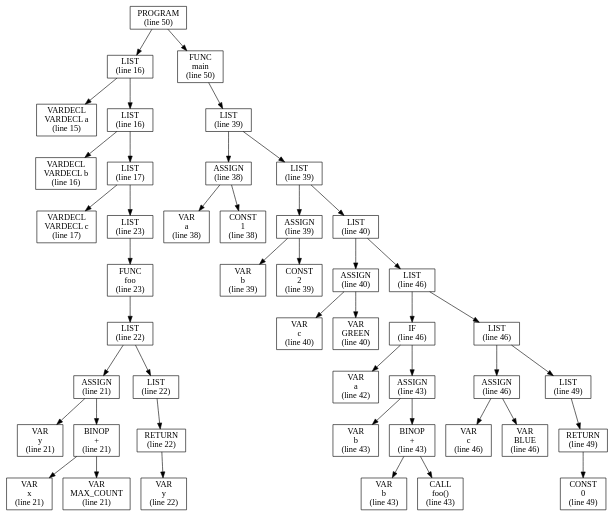
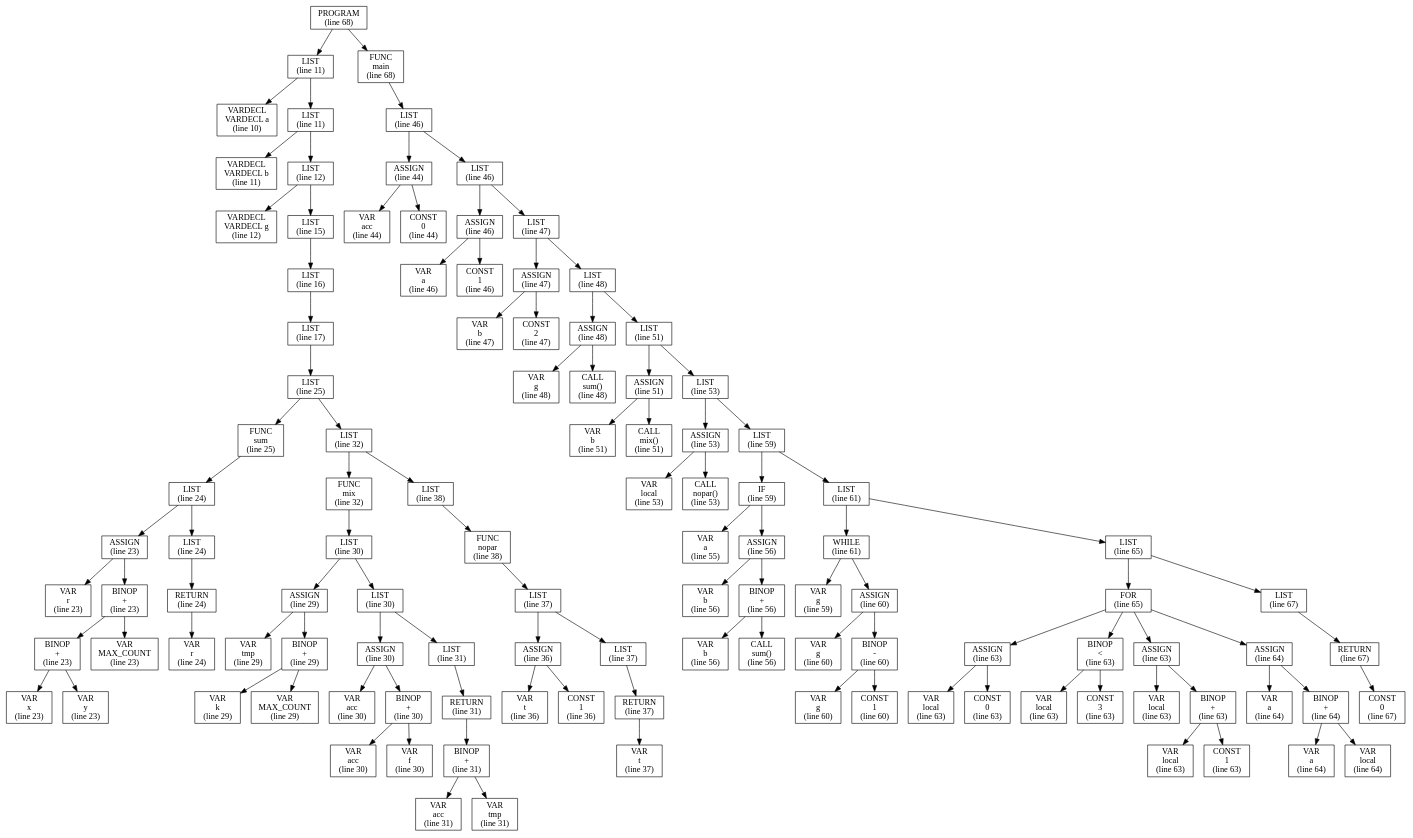
The diagram in syntaxExtreme/ast.dot (kalamakis/Cpp-compiler), drawn with Graphviz before and after one commit. The commit also changed 6 other files, not shown here.

```diff
--- a/syntaxExtreme/ast.dot
+++ b/syntaxExtreme/ast.dot
@@ -1,94 +1,228 @@
 digraph AST {
   node [shape=box];
-  n0 [label="PROGRAM\n(line 50)"];
-  n1 [label="LIST\n(line 16)"];
-  n2 [label="VARDECL\nVARDECL a\n(line 15)"];
+  n0 [label="PROGRAM\n(line 68)"];
+  n1 [label="LIST\n(line 11)"];
+  n2 [label="VARDECL\nVARDECL a\n(line 10)"];
   n1 -> n2;
-  n3 [label="LIST\n(line 16)"];
-  n4 [label="VARDECL\nVARDECL b\n(line 16)"];
+  n3 [label="LIST\n(line 11)"];
+  n4 [label="VARDECL\nVARDECL b\n(line 11)"];
   n3 -> n4;
-  n5 [label="LIST\n(line 17)"];
-  n6 [label="VARDECL\nVARDECL c\n(line 17)"];
+  n5 [label="LIST\n(line 12)"];
+  n6 [label="VARDECL\nVARDECL g\n(line 12)"];
   n5 -> n6;
-  n7 [label="LIST\n(line 23)"];
-  n8 [label="FUNC\nfoo\n(line 23)"];
-  n9 [label="LIST\n(line 22)"];
-  n10 [label="ASSIGN\n(line 21)"];
-  n11 [label="VAR\ny\n(line 21)"];
+  n7 [label="LIST\n(line 15)"];
+  n8 [label="LIST\n(line 16)"];
+  n9 [label="LIST\n(line 17)"];
+  n10 [label="LIST\n(line 25)"];
+  n11 [label="FUNC\nsum\n(line 25)"];
+  n12 [label="LIST\n(line 24)"];
+  n13 [label="ASSIGN\n(line 23)"];
+  n14 [label="VAR\nr\n(line 23)"];
+  n13 -> n14;
+  n15 [label="BINOP\n+\n(line 23)"];
+  n16 [label="BINOP\n+\n(line 23)"];
+  n17 [label="VAR\nx\n(line 23)"];
+  n16 -> n17;
+  n18 [label="VAR\ny\n(line 23)"];
+  n16 -> n18;
+  n15 -> n16;
+  n19 [label="VAR\nMAX_COUNT\n(line 23)"];
+  n15 -> n19;
+  n13 -> n15;
+  n12 -> n13;
+  n20 [label="LIST\n(line 24)"];
+  n21 [label="RETURN\n(line 24)"];
+  n22 [label="VAR\nr\n(line 24)"];
+  n21 -> n22;
+  n20 -> n21;
+  n12 -> n20;
+  n11 -> n12;
   n10 -> n11;
-  n12 [label="BINOP\n+\n(line 21)"];
-  n13 [label="VAR\nx\n(line 21)"];
-  n12 -> n13;
-  n14 [label="VAR\nMAX_COUNT\n(line 21)"];
-  n12 -> n14;
-  n10 -> n12;
+  n23 [label="LIST\n(line 32)"];
+  n24 [label="FUNC\nmix\n(line 32)"];
+  n25 [label="LIST\n(line 30)"];
+  n26 [label="ASSIGN\n(line 29)"];
+  n27 [label="VAR\ntmp\n(line 29)"];
+  n26 -> n27;
+  n28 [label="BINOP\n+\n(line 29)"];
+  n29 [label="VAR\nk\n(line 29)"];
+  n28 -> n29;
+  n30 [label="VAR\nMAX_COUNT\n(line 29)"];
+  n28 -> n30;
+  n26 -> n28;
+  n25 -> n26;
+  n31 [label="LIST\n(line 30)"];
+  n32 [label="ASSIGN\n(line 30)"];
+  n33 [label="VAR\nacc\n(line 30)"];
+  n32 -> n33;
+  n34 [label="BINOP\n+\n(line 30)"];
+  n35 [label="VAR\nacc\n(line 30)"];
+  n34 -> n35;
+  n36 [label="VAR\nf\n(line 30)"];
+  n34 -> n36;
+  n32 -> n34;
+  n31 -> n32;
+  n37 [label="LIST\n(line 31)"];
+  n38 [label="RETURN\n(line 31)"];
+  n39 [label="BINOP\n+\n(line 31)"];
+  n40 [label="VAR\nacc\n(line 31)"];
+  n39 -> n40;
+  n41 [label="VAR\ntmp\n(line 31)"];
+  n39 -> n41;
+  n38 -> n39;
+  n37 -> n38;
+  n31 -> n37;
+  n25 -> n31;
+  n24 -> n25;
+  n23 -> n24;
+  n42 [label="LIST\n(line 38)"];
+  n43 [label="FUNC\nnopar\n(line 38)"];
+  n44 [label="LIST\n(line 37)"];
+  n45 [label="ASSIGN\n(line 36)"];
+  n46 [label="VAR\nt\n(line 36)"];
+  n45 -> n46;
+  n47 [label="CONST\n1\n(line 36)"];
+  n45 -> n47;
+  n44 -> n45;
+  n48 [label="LIST\n(line 37)"];
+  n49 [label="RETURN\n(line 37)"];
+  n50 [label="VAR\nt\n(line 37)"];
+  n49 -> n50;
+  n48 -> n49;
+  n44 -> n48;
+  n43 -> n44;
+  n42 -> n43;
+  n23 -> n42;
+  n10 -> n23;
   n9 -> n10;
-  n15 [label="LIST\n(line 22)"];
-  n16 [label="RETURN\n(line 22)"];
-  n17 [label="VAR\ny\n(line 22)"];
-  n16 -> n17;
-  n15 -> n16;
-  n9 -> n15;
   n8 -> n9;
   n7 -> n8;
   n5 -> n7;
   n3 -> n5;
   n1 -> n3;
   n0 -> n1;
-  n18 [label="FUNC\nmain\n(line 50)"];
-  n19 [label="LIST\n(line 39)"];
-  n20 [label="ASSIGN\n(line 38)"];
-  n21 [label="VAR\na\n(line 38)"];
-  n20 -> n21;
-  n22 [label="CONST\n1\n(line 38)"];
-  n20 -> n22;
-  n19 -> n20;
-  n23 [label="LIST\n(line 39)"];
-  n24 [label="ASSIGN\n(line 39)"];
-  n25 [label="VAR\nb\n(line 39)"];
-  n24 -> n25;
-  n26 [label="CONST\n2\n(line 39)"];
-  n24 -> n26;
-  n23 -> n24;
-  n27 [label="LIST\n(line 40)"];
-  n28 [label="ASSIGN\n(line 40)"];
-  n29 [label="VAR\nc\n(line 40)"];
-  n28 -> n29;
-  n30 [label="VAR\nGREEN\n(line 40)"];
-  n28 -> n30;
-  n27 -> n28;
-  n31 [label="LIST\n(line 46)"];
-  n32 [label="IF\n(line 46)"];
-  n33 [label="VAR\na\n(line 42)"];
-  n32 -> n33;
-  n34 [label="ASSIGN\n(line 43)"];
-  n35 [label="VAR\nb\n(line 43)"];
-  n34 -> n35;
-  n36 [label="BINOP\n+\n(line 43)"];
-  n37 [label="VAR\nb\n(line 43)"];
-  n36 -> n37;
-  n38 [label="CALL\nfoo()\n(line 43)"];
-  n36 -> n38;
-  n34 -> n36;
-  n32 -> n34;
-  n31 -> n32;
-  n39 [label="LIST\n(line 46)"];
-  n40 [label="ASSIGN\n(line 46)"];
-  n41 [label="VAR\nc\n(line 46)"];
-  n40 -> n41;
-  n42 [label="VAR\nBLUE\n(line 46)"];
-  n40 -> n42;
-  n39 -> n40;
-  n43 [label="LIST\n(line 49)"];
-  n44 [label="RETURN\n(line 49)"];
-  n45 [label="CONST\n0\n(line 49)"];
-  n44 -> n45;
-  n43 -> n44;
-  n39 -> n43;
-  n31 -> n39;
-  n27 -> n31;
-  n23 -> n27;
-  n19 -> n23;
-  n18 -> n19;
-  n0 -> n18;
+  n51 [label="FUNC\nmain\n(line 68)"];
+  n52 [label="LIST\n(line 46)"];
+  n53 [label="ASSIGN\n(line 44)"];
+  n54 [label="VAR\nacc\n(line 44)"];
+  n53 -> n54;
+  n55 [label="CONST\n0\n(line 44)"];
+  n53 -> n55;
+  n52 -> n53;
+  n56 [label="LIST\n(line 46)"];
+  n57 [label="ASSIGN\n(line 46)"];
+  n58 [label="VAR\na\n(line 46)"];
+  n57 -> n58;
+  n59 [label="CONST\n1\n(line 46)"];
+  n57 -> n59;
+  n56 -> n57;
+  n60 [label="LIST\n(line 47)"];
+  n61 [label="ASSIGN\n(line 47)"];
+  n62 [label="VAR\nb\n(line 47)"];
+  n61 -> n62;
+  n63 [label="CONST\n2\n(line 47)"];
+  n61 -> n63;
+  n60 -> n61;
+  n64 [label="LIST\n(line 48)"];
+  n65 [label="ASSIGN\n(line 48)"];
+  n66 [label="VAR\ng\n(line 48)"];
+  n65 -> n66;
+  n67 [label="CALL\nsum()\n(line 48)"];
+  n65 -> n67;
+  n64 -> n65;
+  n68 [label="LIST\n(line 51)"];
+  n69 [label="ASSIGN\n(line 51)"];
+  n70 [label="VAR\nb\n(line 51)"];
+  n69 -> n70;
+  n71 [label="CALL\nmix()\n(line 51)"];
+  n69 -> n71;
+  n68 -> n69;
+  n72 [label="LIST\n(line 53)"];
+  n73 [label="ASSIGN\n(line 53)"];
+  n74 [label="VAR\nlocal\n(line 53)"];
+  n73 -> n74;
+  n75 [label="CALL\nnopar()\n(line 53)"];
+  n73 -> n75;
+  n72 -> n73;
+  n76 [label="LIST\n(line 59)"];
+  n77 [label="IF\n(line 59)"];
+  n78 [label="VAR\na\n(line 55)"];
+  n77 -> n78;
+  n79 [label="ASSIGN\n(line 56)"];
+  n80 [label="VAR\nb\n(line 56)"];
+  n79 -> n80;
+  n81 [label="BINOP\n+\n(line 56)"];
+  n82 [label="VAR\nb\n(line 56)"];
+  n81 -> n82;
+  n83 [label="CALL\nsum()\n(line 56)"];
+  n81 -> n83;
+  n79 -> n81;
+  n77 -> n79;
+  n76 -> n77;
+  n84 [label="LIST\n(line 61)"];
+  n85 [label="WHILE\n(line 61)"];
+  n86 [label="VAR\ng\n(line 59)"];
+  n85 -> n86;
+  n87 [label="ASSIGN\n(line 60)"];
+  n88 [label="VAR\ng\n(line 60)"];
+  n87 -> n88;
+  n89 [label="BINOP\n-\n(line 60)"];
+  n90 [label="VAR\ng\n(line 60)"];
+  n89 -> n90;
+  n91 [label="CONST\n1\n(line 60)"];
+  n89 -> n91;
+  n87 -> n89;
+  n85 -> n87;
+  n84 -> n85;
+  n92 [label="LIST\n(line 65)"];
+  n93 [label="FOR\n(line 65)"];
+  n94 [label="ASSIGN\n(line 63)"];
+  n95 [label="VAR\nlocal\n(line 63)"];
+  n94 -> n95;
+  n96 [label="CONST\n0\n(line 63)"];
+  n94 -> n96;
+  n93 -> n94;
+  n97 [label="BINOP\n<\n(line 63)"];
+  n98 [label="VAR\nlocal\n(line 63)"];
+  n97 -> n98;
+  n99 [label="CONST\n3\n(line 63)"];
+  n97 -> n99;
+  n93 -> n97;
+  n100 [label="ASSIGN\n(line 63)"];
+  n101 [label="VAR\nlocal\n(line 63)"];
+  n100 -> n101;
+  n102 [label="BINOP\n+\n(line 63)"];
+  n103 [label="VAR\nlocal\n(line 63)"];
+  n102 -> n103;
+  n104 [label="CONST\n1\n(line 63)"];
+  n102 -> n104;
+  n100 -> n102;
+  n93 -> n100;
+  n105 [label="ASSIGN\n(line 64)"];
+  n106 [label="VAR\na\n(line 64)"];
+  n105 -> n106;
+  n107 [label="BINOP\n+\n(line 64)"];
+  n108 [label="VAR\na\n(line 64)"];
+  n107 -> n108;
+  n109 [label="VAR\nlocal\n(line 64)"];
+  n107 -> n109;
+  n105 -> n107;
+  n93 -> n105;
+  n92 -> n93;
+  n110 [label="LIST\n(line 67)"];
+  n111 [label="RETURN\n(line 67)"];
+  n112 [label="CONST\n0\n(line 67)"];
+  n111 -> n112;
+  n110 -> n111;
+  n92 -> n110;
+  n84 -> n92;
+  n76 -> n84;
+  n72 -> n76;
+  n68 -> n72;
+  n64 -> n68;
+  n60 -> n64;
+  n56 -> n60;
+  n52 -> n56;
+  n51 -> n52;
+  n0 -> n51;
 }
```
